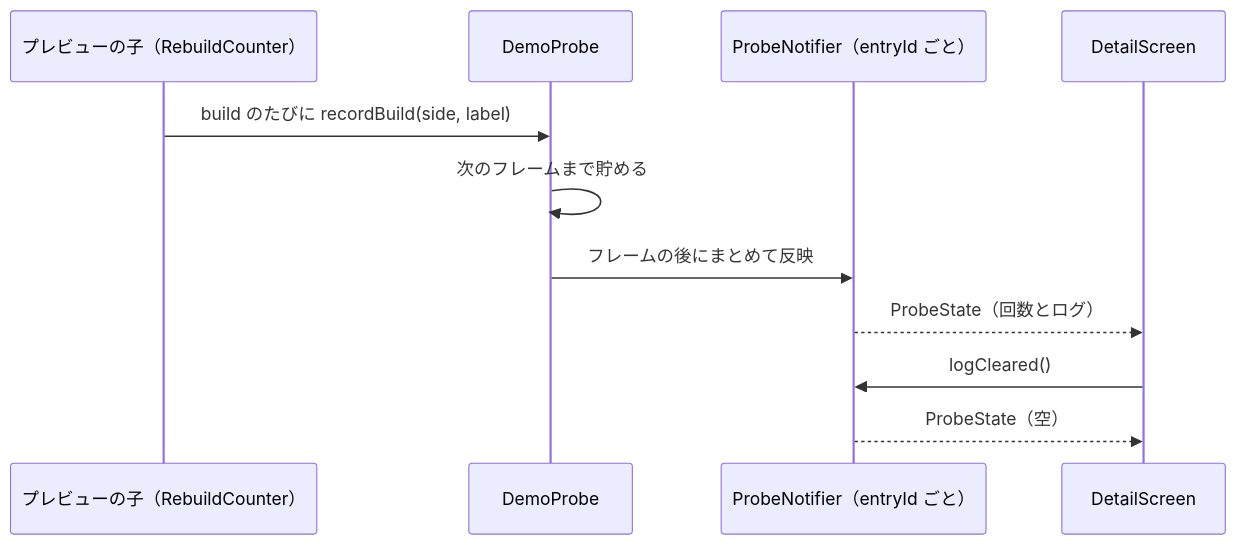
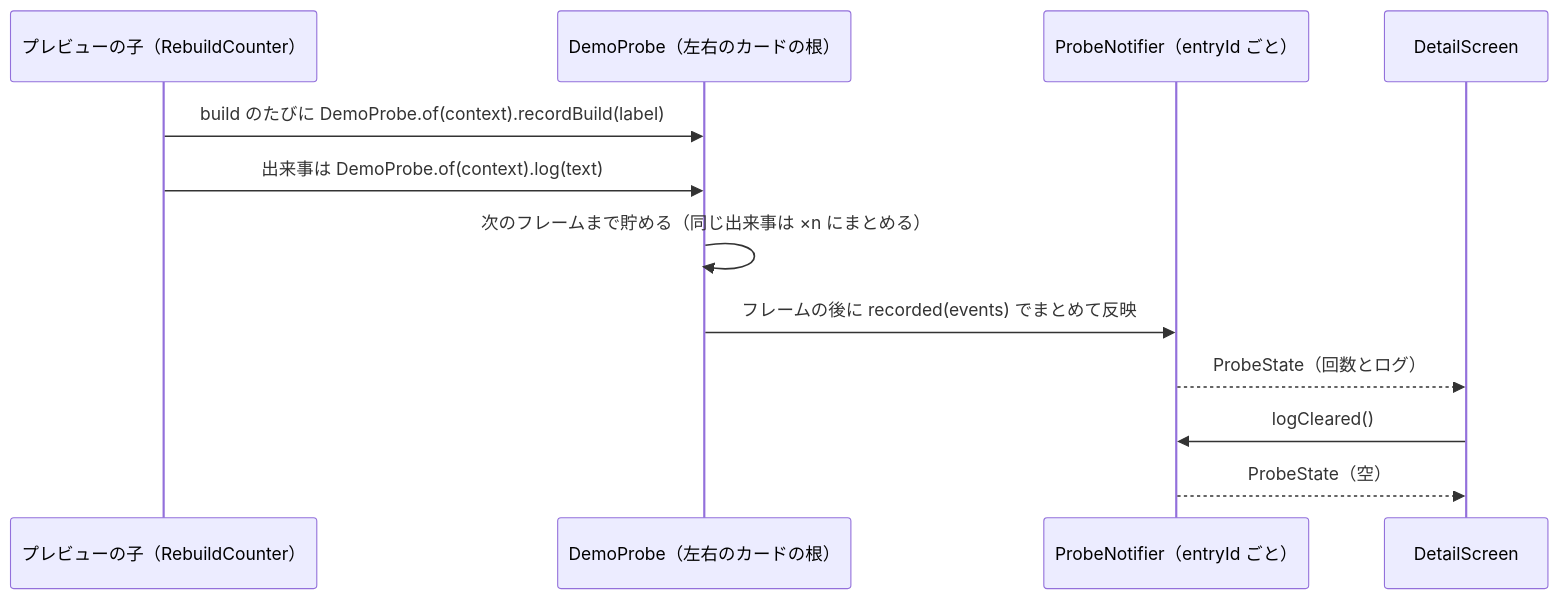
One commit to masa-futa/widget-lab changed the fifth of 6 diagrams in docs/design/functions/demo-engine.md. Above: the diagram before and after it, drawn with Mermaid. The commit also changed other lines of this file and 4 other files, not shown here.

````diff
--- a/docs/design/functions/demo-engine.md
+++ b/docs/design/functions/demo-engine.md
@@ -172,13 +177,14 @@
 ```mermaid
 sequenceDiagram
     participant P as プレビューの子（RebuildCounter）
-    participant B as DemoProbe
+    participant B as DemoProbe（左右のカードの根）
     participant N as ProbeNotifier（entryId ごと）
     participant V as DetailScreen
-    P->>B: build のたびに recordBuild(side, label)
-    B->>B: 次のフレームまで貯める
-    B->>N: フレームの後にまとめて反映
+    P->>B: build のたびに DemoProbe.of(context).recordBuild(label)
+    P->>B: 出来事は DemoProbe.of(context).log(text)
+    B->>B: 次のフレームまで貯める（同じ出来事は ×n にまとめる）
+    B->>N: フレームの後に recorded(events) でまとめて反映
     N-->>V: ProbeState（回数とログ）
     V->>N: logCleared()
     N-->>V: ProbeState（空）
 ```
````
